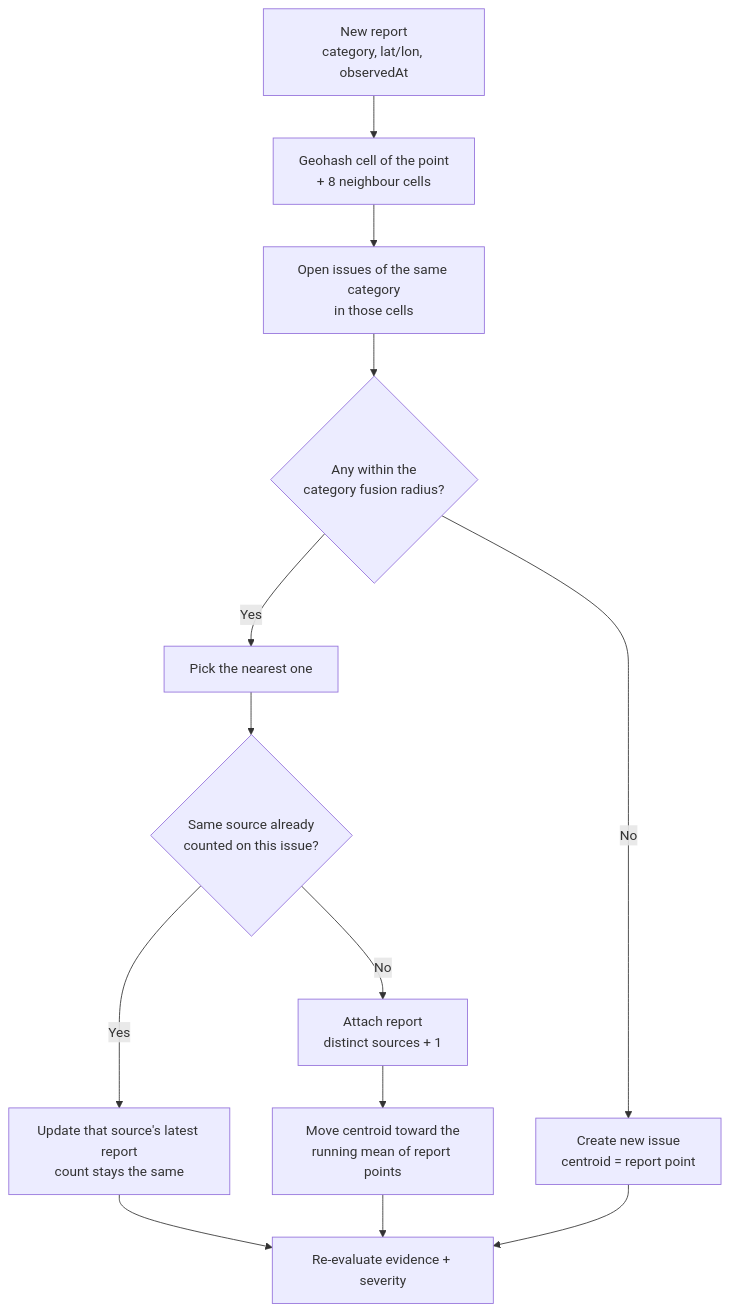
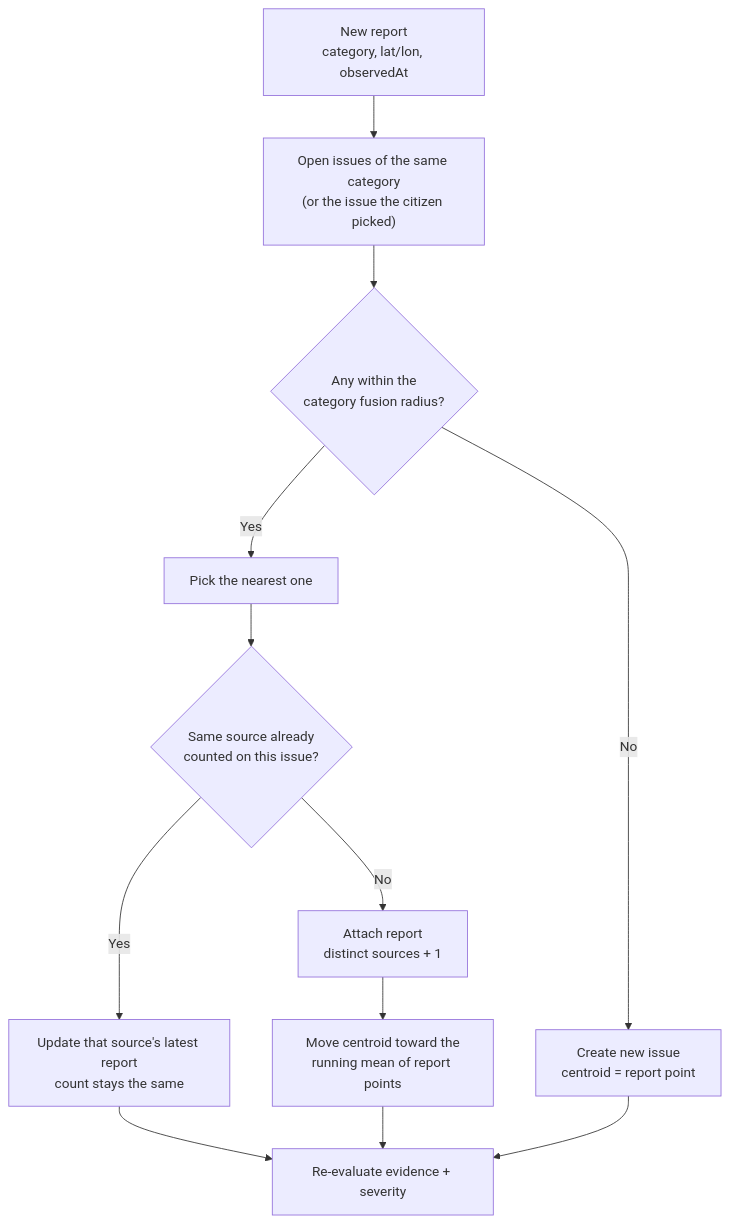
The third of 15 diagrams in README.md (4-thkind/Kestrel), drawn with Mermaid before and after one commit. The commit also changed other lines of this file, not shown here.

````diff
--- a/README.md
+++ b/README.md
@@ -160,15 +162,14 @@
 ```mermaid
 flowchart TD
-  R["New report<br/>category, lat/lon, observedAt"] --> G["Geohash cell of the point<br/>+ 8 neighbour cells"]
-  G --> C["Open issues of the same category<br/>in those cells"]
+  R["New report<br/>category, lat/lon, observedAt"] --> C["Open issues of the same category<br/>(or the issue the citizen picked)"]
   C --> D{"Any within the<br/>category fusion radius?"}
   D -->|No| N["Create new issue<br/>centroid = report point"]
   D -->|Yes| P["Pick the nearest one"]
   P --> S{"Same source already<br/>counted on this issue?"}
   S -->|Yes| U["Update that source's latest report<br/>count stays the same"]
   S -->|No| A["Attach report<br/>distinct sources + 1"]
   A --> M["Move centroid toward the<br/>running mean of report points"]
   U --> E["Re-evaluate evidence + severity"]
   M --> E
   N --> E
 ```
````
